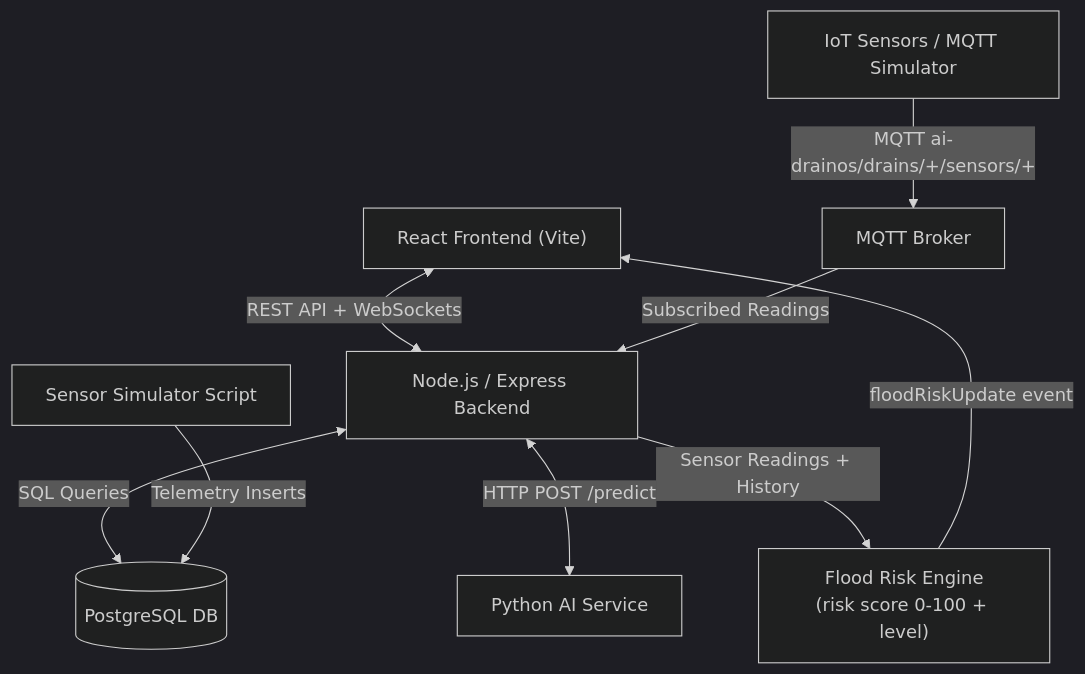
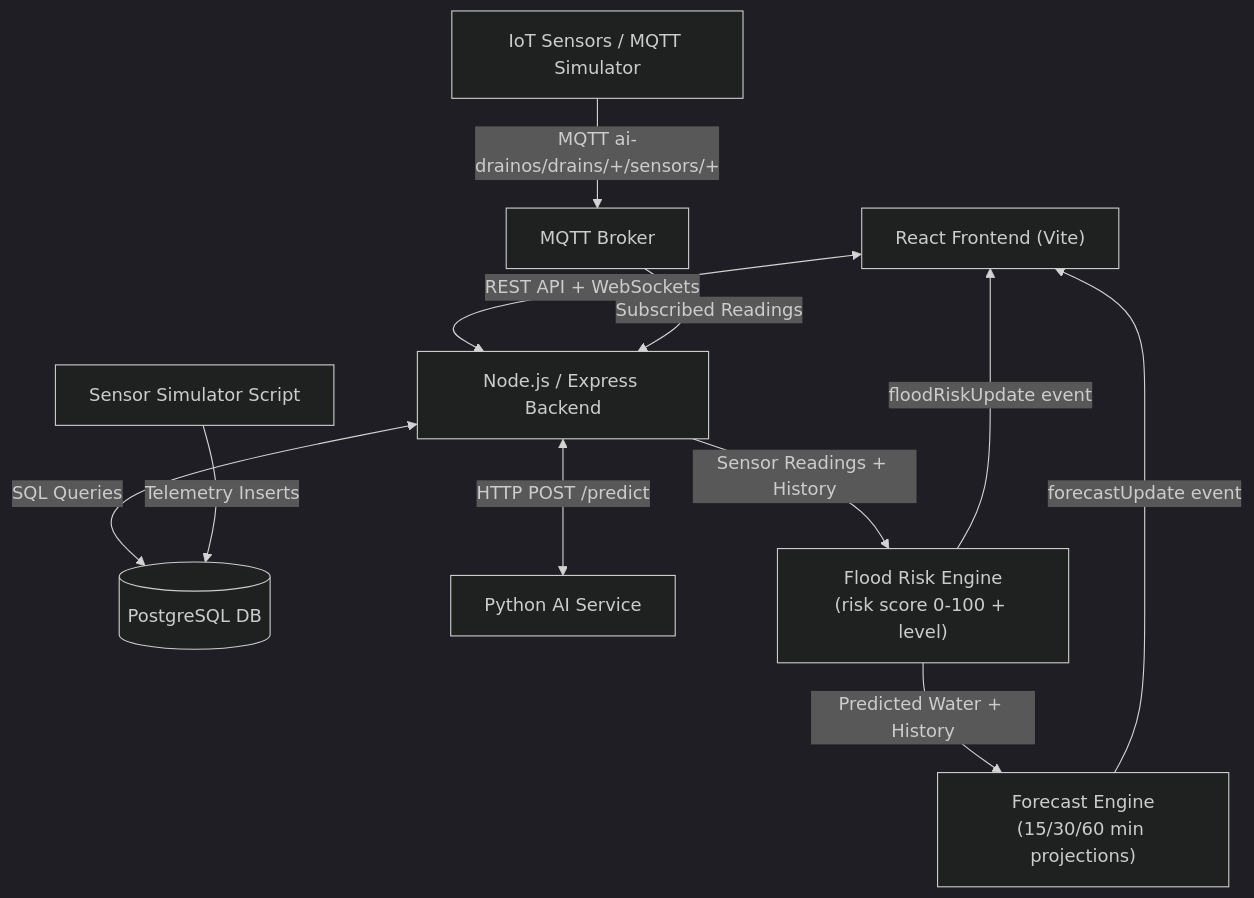
Before and after one commit to aakash00000001/AI-DrainOS: the first of 2 diagrams in README.md, drawn with Mermaid (dark theme). The commit also changed other lines of this file and 12 other files, not shown here.

````diff
--- a/README.md
+++ b/README.md
@@ -88,11 +89,13 @@
 ```mermaid
 graph TD
     UI["React Frontend (Vite)"] <-->|REST API + WebSockets| Server["Node.js / Express Backend"]
     Server <-->|SQL Queries| DB[("PostgreSQL DB")]
     Server <-->|HTTP POST /predict| AI["Python AI Service"]
     IoT["IoT Sensors / MQTT Simulator"] -->|MQTT ai-drainos/drains/+/sensors/+| Broker["MQTT Broker"]
     Broker -->|Subscribed Readings| Server
     Server -->|Sensor Readings + History| Risk["Flood Risk Engine<br/>(risk score 0-100 + level)"]
     Risk -->|floodRiskUpdate event| UI
+    Risk -->|Predicted Water + History| Forecast["Forecast Engine<br/>(15/30/60 min projections)"]
+    Forecast -->|forecastUpdate event| UI
     Sim["Sensor Simulator Script"] -->|Telemetry Inserts| DB
 ```
````
